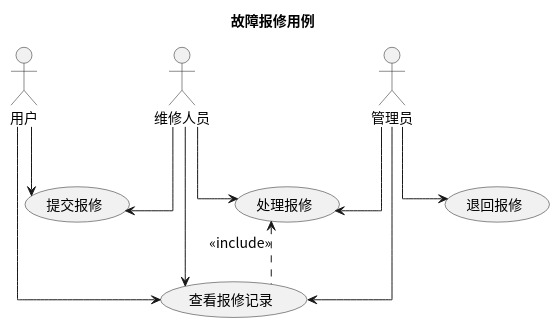
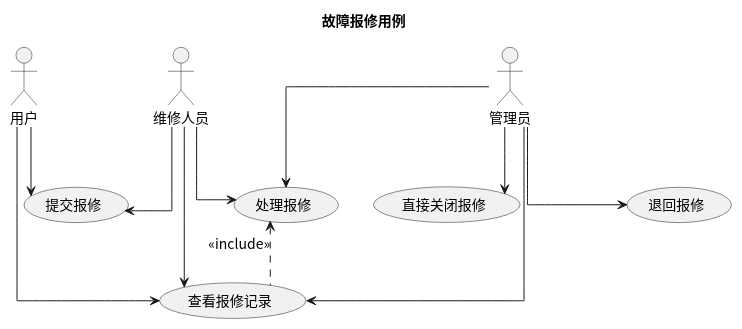
The diagram in usecase/docs/backend/src/repair.puml (greenhandzdl/charging-station-doc), drawn with PlantUML before and after one commit. The commit also changed 27 other files, not shown here.

```diff
--- a/usecase/docs/backend/src/repair.puml
+++ b/usecase/docs/backend/src/repair.puml
@@ -1,26 +1,28 @@
 @startuml
 skinparam defaultFontName "Noto Sans CJK SC"
 skinparam defaultFontSize 14
 title 故障报修用例
 skinparam linetype ortho
 
 actor "用户" as U
 actor "维修人员" as M
 actor "管理员" as A
 
 (提交报修)
 (处理报修)
+(直接关闭报修)
 (查看报修记录)
 (退回报修)
 
 U --> 提交报修
 U --> 查看报修记录
 M --> 提交报修
 M --> 处理报修
 M --> 查看报修记录
 A --> 处理报修
+A --> 直接关闭报修
 A --> 查看报修记录
 A --> 退回报修
 
 处理报修 <.down. 查看报修记录 : <<include>>
 @enduml
```
